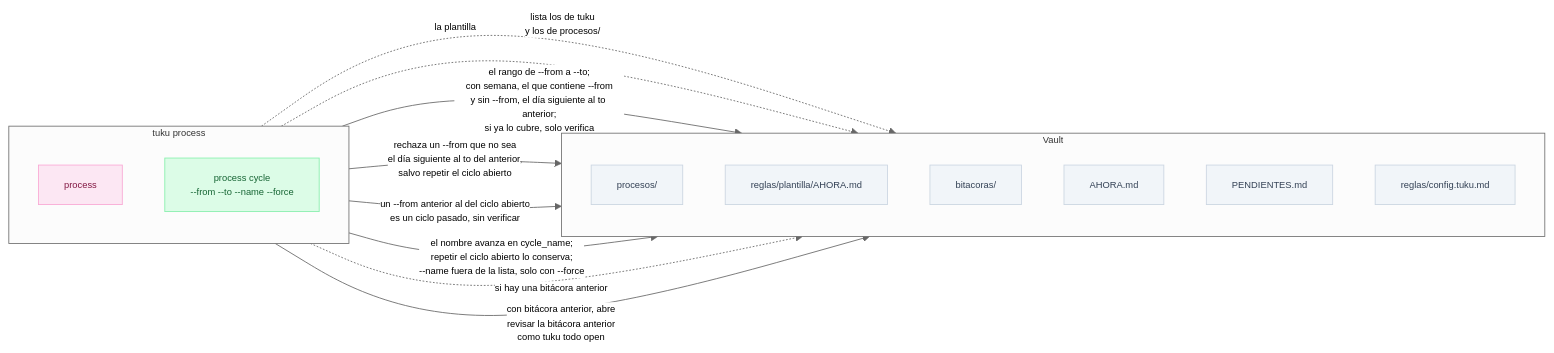
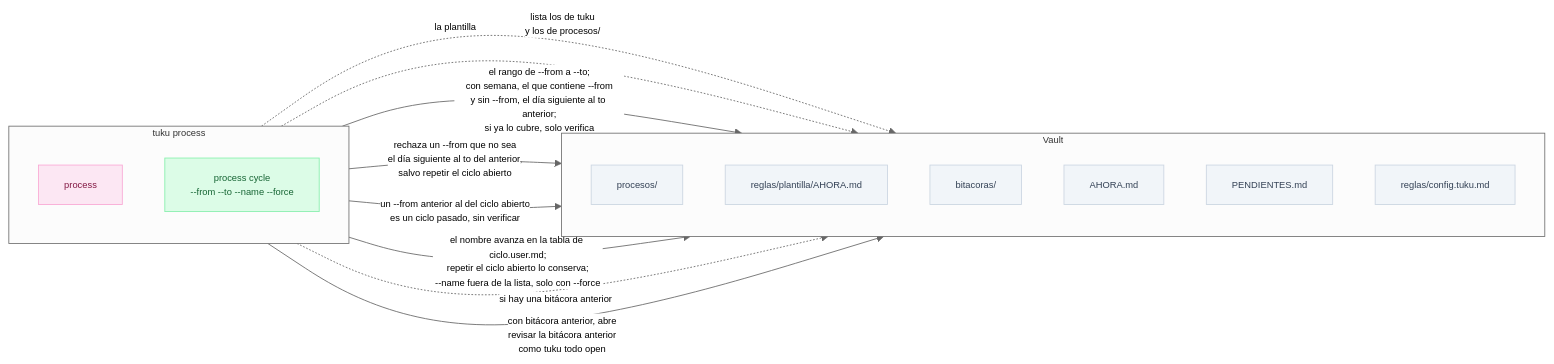
Before and after one commit to pewma-ai/tuku: the second of 8 diagrams in spec/tuku.md, drawn with Mermaid. The commit also changed 59 other files, not shown here.

First line of the commit message:
feat(template): el asistente pasa a una skill en reglas/skills y cycle_name a la tabla de ciclo.user.md

````diff
--- a/spec/tuku.md
+++ b/spec/tuku.md
@@ -62,34 +62,34 @@
 ```mermaid
 %%{init: {'flowchart': {'useMaxWidth': true}, 'theme': 'neutral', 'themeVariables': {'fontSize': '11px'}}}%%
 flowchart LR
     subgraph CMD["tuku process"]
         direction TB
         PL["process"]
         PC["process cycle<br/>--from --to --name --force"]
     end
     subgraph VAULT["Vault"]
         direction TB
         PR["procesos/"]
         TP["reglas/plantilla/AHORA.md"]
         BI["bitacoras/"]
         AH["AHORA.md"]
         PE["PENDIENTES.md"]
         CF["reglas/config.tuku.md"]
     end
 
     PL -.->|"lista los de tuku<br/>y los de procesos/"| PR
     PC -.->|"la plantilla"| TP
     PC -->|"el rango de --from a --to;<br/>con semana, el que contiene --from<br/>y sin --from, el día siguiente al to anterior;<br/>si ya lo cubre, solo verifica"| AH
     PC -->|"rechaza un --from que no sea<br/>el día siguiente al to del anterior,<br/>salvo repetir el ciclo abierto"| AH
     PC -->|"un --from anterior al del ciclo abierto<br/>es un ciclo pasado, sin verificar"| BI
-    PC -->|"el nombre avanza en cycle_name;<br/>repetir el ciclo abierto lo conserva;<br/>--name fuera de la lista, solo con --force"| CF
+    PC -->|"el nombre avanza en la tabla de ciclo.user.md;<br/>repetir el ciclo abierto lo conserva;<br/>--name fuera de la lista, solo con --force"| CF
     PC -.->|"si hay una bitácora anterior"| BI
     PC -->|"con bitácora anterior, abre<br/>revisar la bitácora anterior<br/>como tuku todo open"| PE
 
     classDef escribe fill:#dcfce7,color:#166534,stroke:#86efac
     classDef revisa fill:#fce7f3,color:#831843,stroke:#f9a8d4
     classDef archivo fill:#f1f5f9,color:#334155,stroke:#cbd5e1
     class PC escribe
     class PL revisa
     class PR,TP,BI,AH,PE,CF archivo
 ```
````
